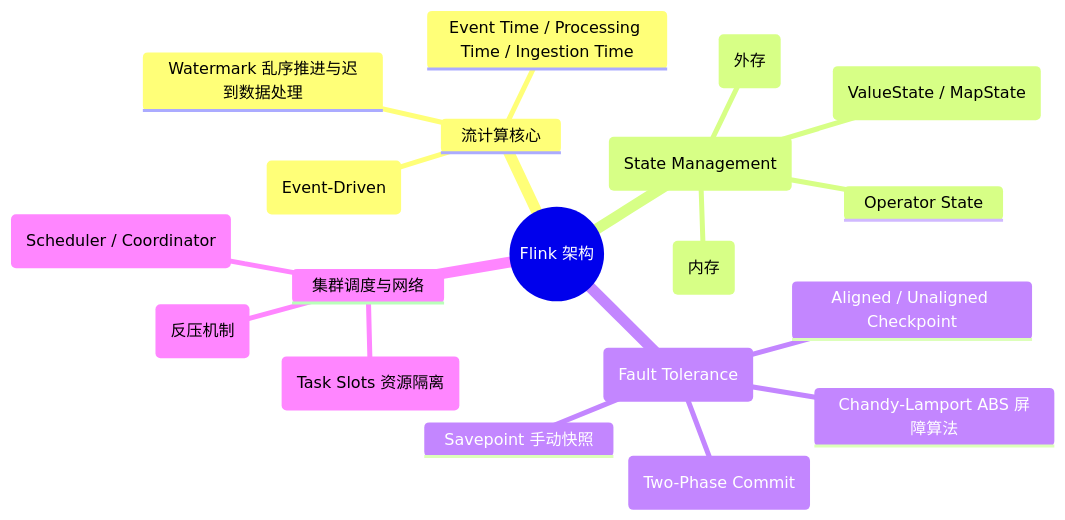
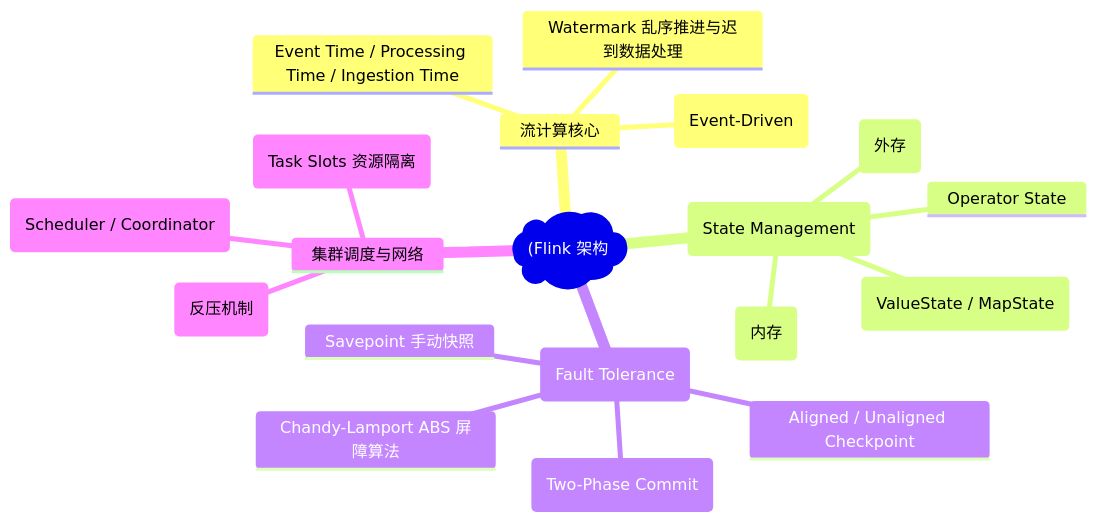
One commit to koosai/AI-Architect-Learning changed the second of 7 diagrams in docs/atlas/flink.mdx. Above: the diagram before and after it, drawn with Mermaid. The commit also changed other lines of this file and 187 other files, not shown here.

Commit message:
fix(mermaid): fix all unquoted parens and edge label syntax errors across all docs

````diff
--- a/docs/atlas/flink.mdx
+++ b/docs/atlas/flink.mdx
@@ -78,22 +78,22 @@
 ```mermaid
 mindmap
-  root((Flink 架构))
+  root("(Flink 架构"))
     流计算核心
       纯事件驱动 (Event-Driven)
       Event Time / Processing Time / Ingestion Time
       Watermark 乱序推进与迟到数据处理
     状态管理 (State Management)
       Keyed State (ValueState / MapState)
       Operator State
       HeapStateBackend (内存)
       Embedded RocksDBStateBackend (外存)
     容错与一致性 (Fault Tolerance)
       Chandy-Lamport ABS 屏障算法
       Aligned / Unaligned Checkpoint
       Savepoint 手动快照
       端到端 2PC (Two-Phase Commit)
     集群调度与网络
       JobManager (Scheduler / Coordinator)
       TaskManager (Task Slots 资源隔离)
       Netty Credit-based 流控 (反压机制)
 ```
````
